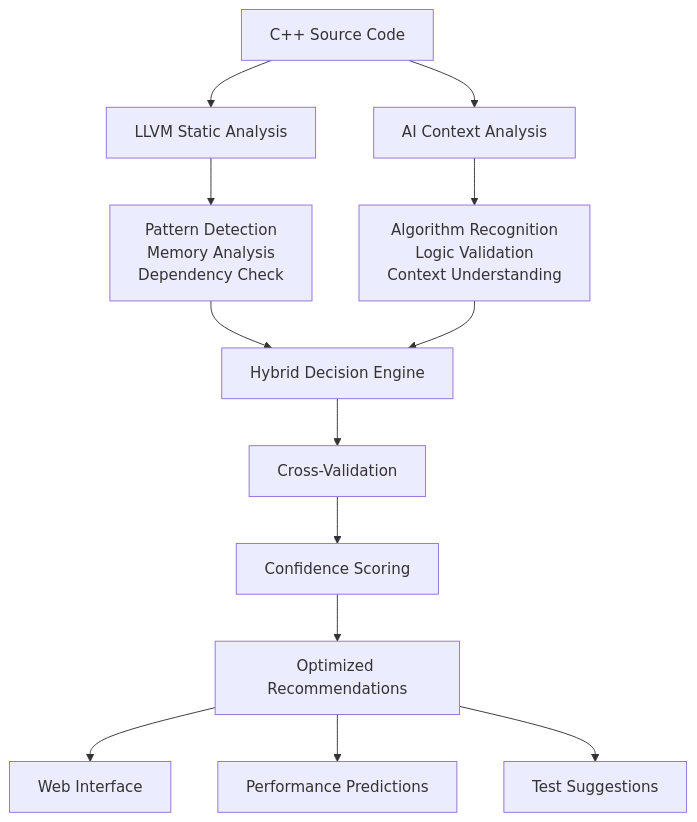
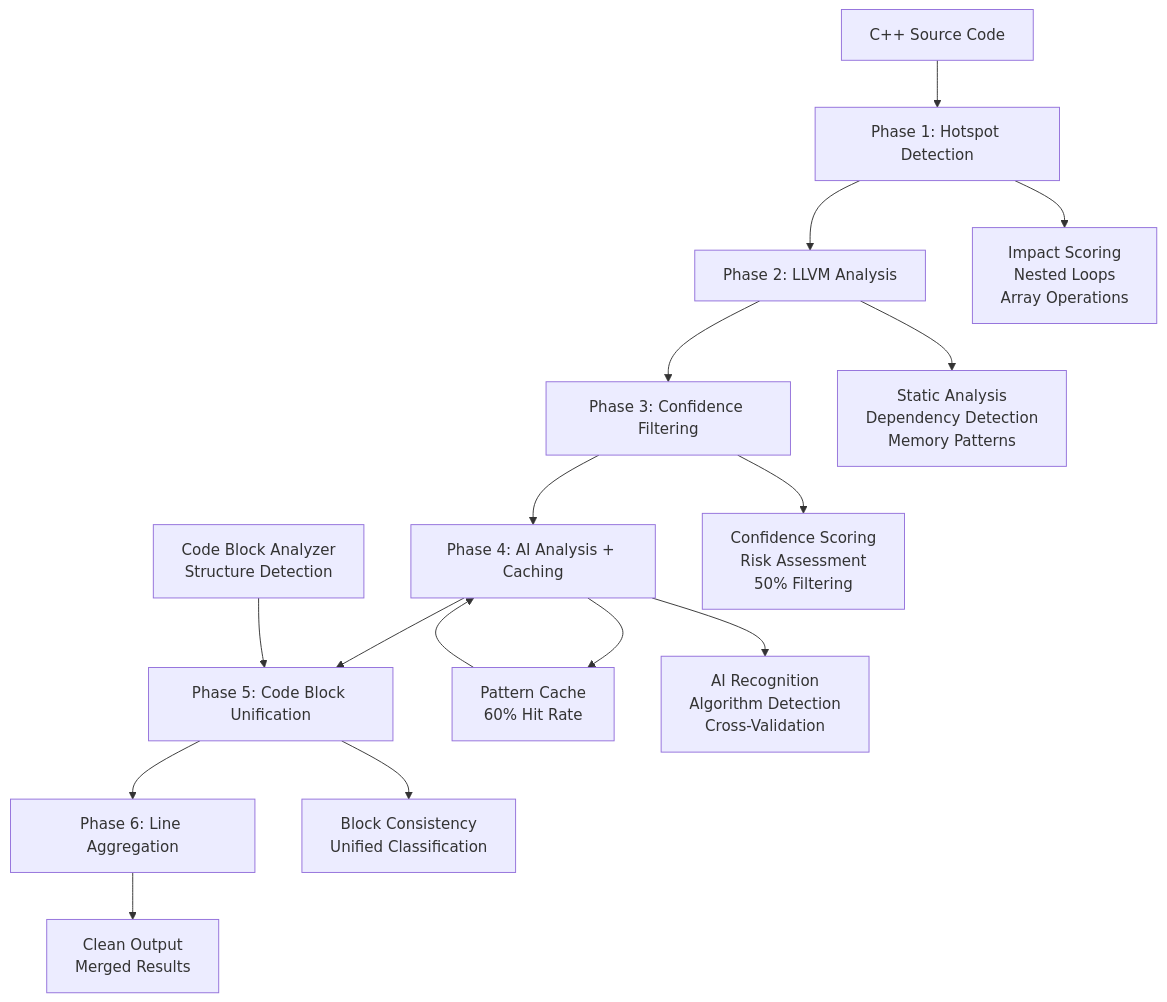
One commit to hoangtrietdev/llvm-analyze changed the diagram in strategy.md. Above: the diagram before and after it, drawn with Mermaid. The commit also changed other lines of this file and 15 other files, not shown here.

````diff
--- a/strategy.md
+++ b/strategy.md
@@ -62,19 +89,21 @@
 ```mermaid
-graph TB
-    A[C++ Source Code] --> B[LLVM Static Analysis]
-    A --> C[AI Context Analysis]
+flowchart TD
+    A[C++ Source Code] --> B[Phase 1: Hotspot Detection]
+    B --> C[Phase 2: LLVM Analysis] 
+    C --> D[Phase 3: Confidence Filtering]
+    D --> E[Phase 4: AI Analysis + Caching]
+    E --> F[Phase 5: Code Block Unification]
+    F --> G[Phase 6: Line Aggregation]
     
-    B --> D[Pattern Detection<br/>Memory Analysis<br/>Dependency Check]
-    C --> E[Algorithm Recognition<br/>Logic Validation<br/>Context Understanding]
+    H[Pattern Cache<br/>60% Hit Rate] --> E
+    E --> H
     
-    D --> F[Hybrid Decision Engine]
-    E --> F
+    I[Code Block Analyzer<br/>Structure Detection] --> F
     
-    F --> G[Cross-Validation]
-    G --> H[Confidence Scoring]
-    H --> I[Optimized Recommendations]
-    
-    I --> J[Web Interface]
-    I --> K[Performance Predictions]
-    I --> L[Test Suggestions]
+    B --> J[Impact Scoring<br/>Nested Loops<br/>Array Operations]
+    C --> K[Static Analysis<br/>Dependency Detection<br/>Memory Patterns]
+    D --> L[Confidence Scoring<br/>Risk Assessment<br/>50% Filtering]
+    E --> M[AI Recognition<br/>Algorithm Detection<br/>Cross-Validation]
+    F --> N[Block Consistency<br/>Unified Classification]
+    G --> O[Clean Output<br/>Merged Results]
 ```
````
